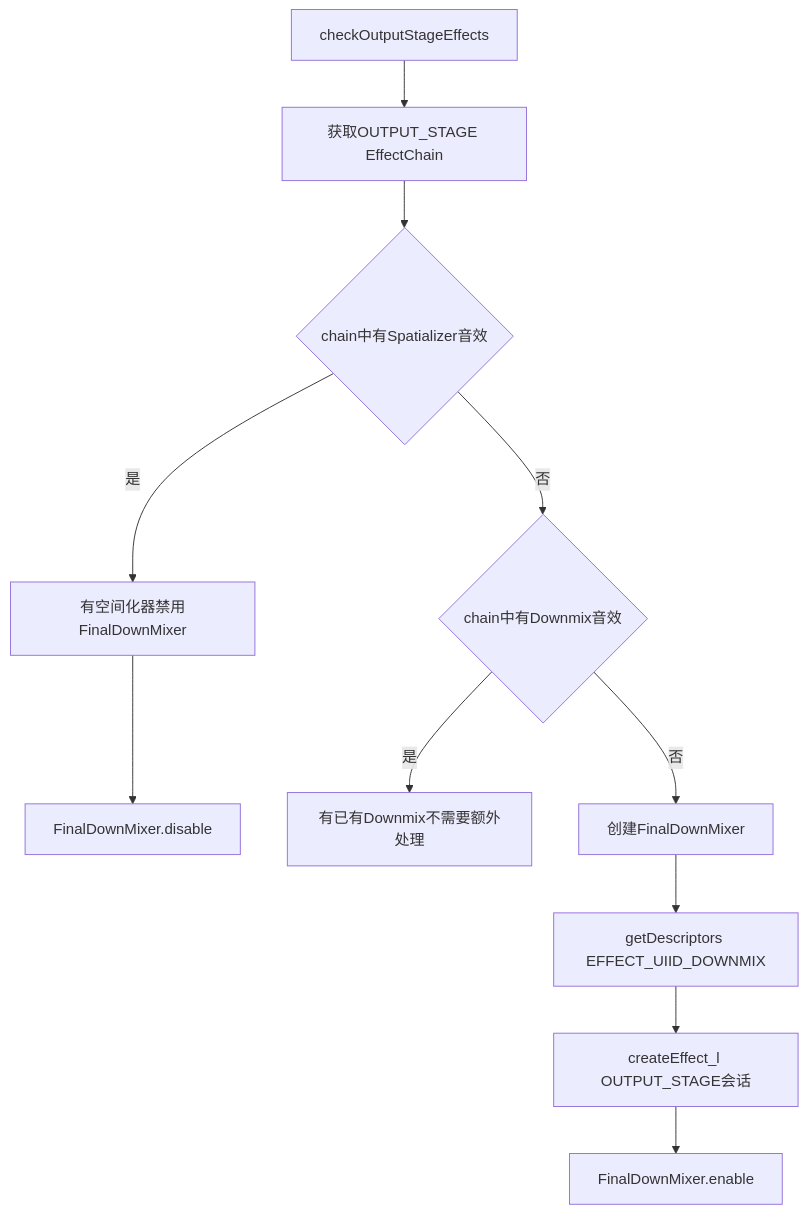
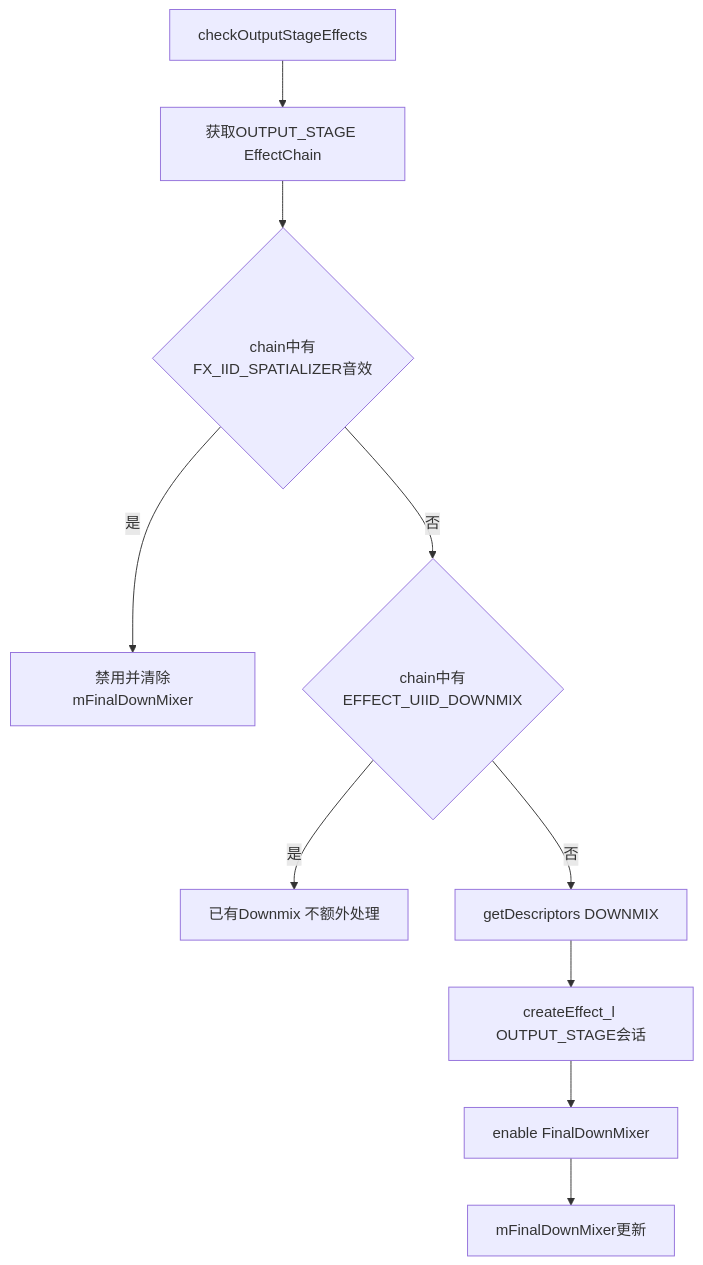
The second of 4 diagrams in 05_AudioFlinger/05_5.17_SpatializerThread与BitPerfectThread-特殊输出线程.md (yanglinzhen1022/SA8295_AAOS_QNX_Audio_KnowledgeBase), drawn with Mermaid before and after one commit. The commit also changed other lines of this file and 12 other files, not shown here.

````diff
--- a/05_AudioFlinger/05_5.17_SpatializerThread与BitPerfectThread-特殊输出线程.md
+++ b/05_AudioFlinger/05_5.17_SpatializerThread与BitPerfectThread-特殊输出线程.md
@@ -190,13 +124,12 @@
 ```mermaid
 flowchart TD
     A[checkOutputStageEffects] --> B[获取OUTPUT_STAGE EffectChain]
-    B --> C{chain中有Spatializer音效}
-    C -->|是| D[有空间化器禁用FinalDownMixer]
-    D --> E[FinalDownMixer.disable]
-    C -->|否| F{chain中有Downmix音效}
-    F -->|是| G[有已有Downmix不需要额外处理]
-    F -->|否| H[创建FinalDownMixer]
-    H --> I[getDescriptors EFFECT_UIID_DOWNMIX]
-    I --> J[createEffect_l OUTPUT_STAGE会话]
-    J --> K[FinalDownMixer.enable]
+    B --> C{chain中有FX_IID_SPATIALIZER音效}
+    C -->|是| D[禁用并清除mFinalDownMixer]
+    C -->|否| E{chain中有EFFECT_UIID_DOWNMIX}
+    E -->|是| G[已有Downmix 不额外处理]
+    E -->|否| H[getDescriptors DOWNMIX]
+    H --> I[createEffect_l OUTPUT_STAGE会话]
+    I --> J[enable FinalDownMixer]
+    J --> K[mFinalDownMixer更新]
 ```
````
